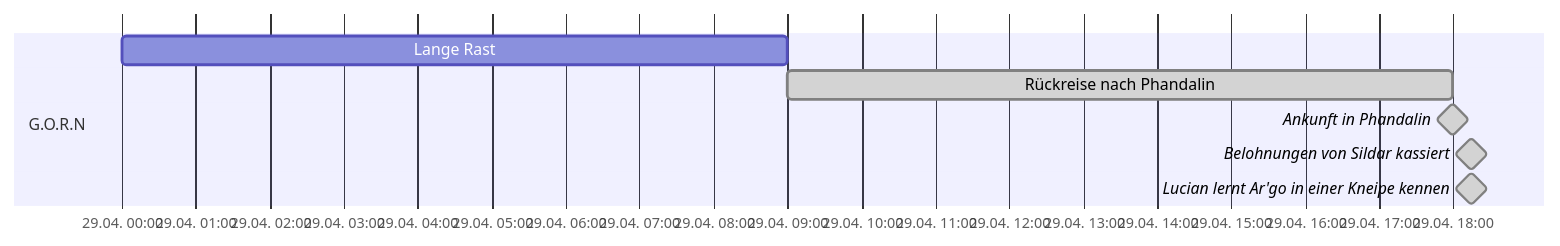
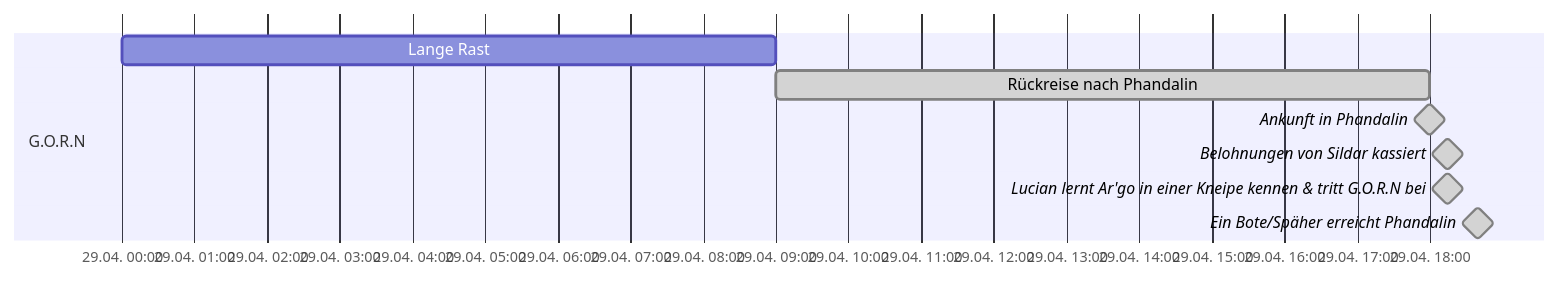
One commit to LorenJaffrey/DnD_PFT changed the sixth of 13 diagrams in Kampagne/Timeline Kampagne 2.md. Above: the diagram before and after it, drawn with Mermaid. The commit also changed 4 other files, not shown here.

````diff
--- a/Kampagne/Timeline Kampagne 2.md
+++ b/Kampagne/Timeline Kampagne 2.md
@@ -101,13 +101,14 @@
 ```mermaid
 gantt
 	dateFormat HH:mm
 	axisFormat %e.%m. %H:%M
 	tickinterval 1hour
 	weekday monday
 	section G.O.R.N
 		Lange Rast: a1, 2024-04-29 00:00, 9h 
 		Rückreise nach Phandalin: done, a2, after a1, 9h
 		Ankunft in Phandalin: done, milestone, a3, after a2, 0h
 		Belohnungen von Sildar kassiert: done, milestone, a4, after a3, 30m
-		Lucian lernt Ar'go in einer Kneipe kennen: done, milestone, a5, after a3, 30m
+		Lucian lernt Ar'go in einer Kneipe kennen & tritt G.O.R.N bei: done, milestone, a5, after a3, 30m
+		Ein Bote/Späher erreicht Phandalin: done, milestone, a6, after a5, 20m
 ```
````
